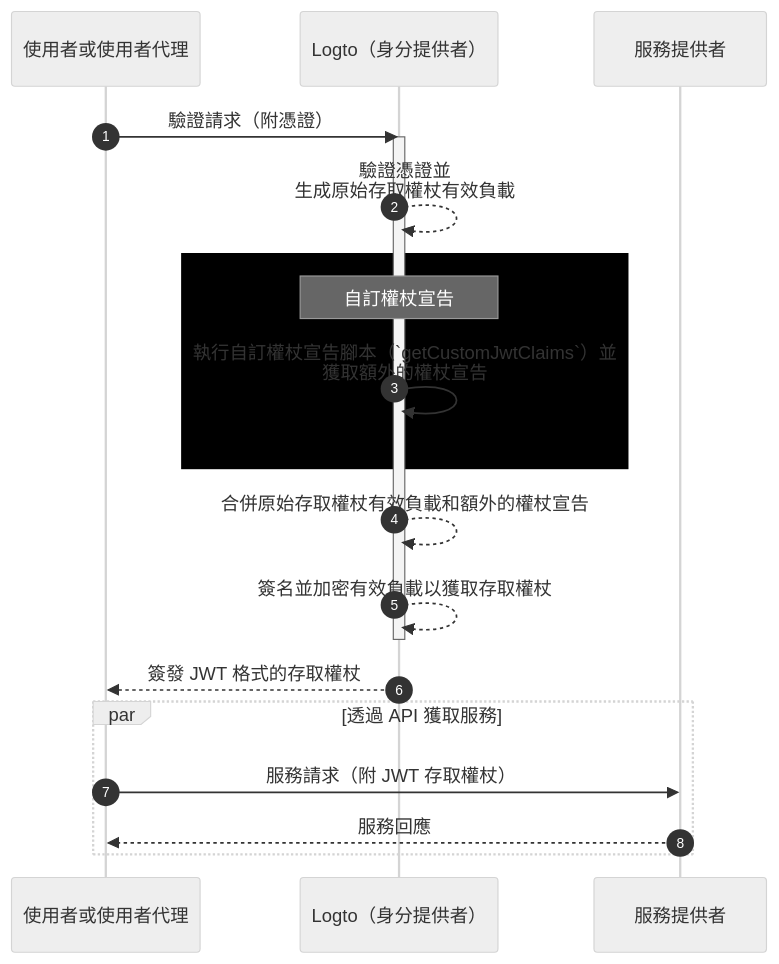
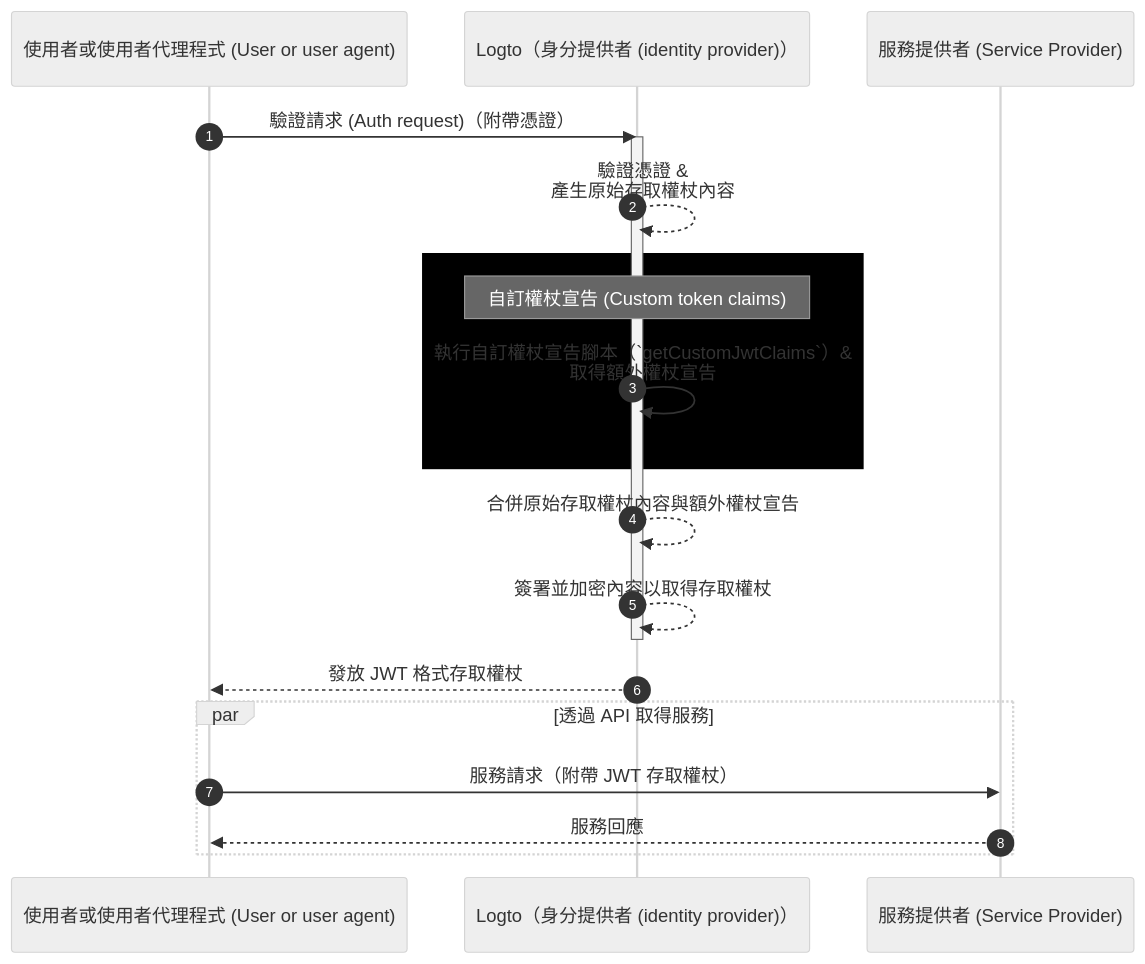
The diagram in i18n/zh-TW/docusaurus-plugin-content-docs/current/developers/custom-token-claims/README.mdx (logto-io/docs), drawn with Mermaid (neutral theme) before and after one commit. The commit also changed other lines of this file and 580 other files, not shown here.

````diff
--- a/i18n/zh-TW/docusaurus-plugin-content-docs/current/developers/custom-token-claims/README.mdx
+++ b/i18n/zh-TW/docusaurus-plugin-content-docs/current/developers/custom-token-claims/README.mdx
@@ -26,23 +26,23 @@
 ```mermaid
 sequenceDiagram
-  participant U as 使用者或使用者代理
-  participant IdP as Logto（身分提供者）
-  participant SP as 服務提供者
+  participant U as 使用者或使用者代理程式 (User or user agent)
+  participant IdP as Logto（身分提供者 (identity provider)）
+  participant SP as 服務提供者 (Service Provider)
 
   autonumber
-  U ->> IdP: 驗證請求（附憑證）
+  U ->> IdP: 驗證請求 (Auth request)（附帶憑證）
   activate IdP
-  IdP-->>IdP: 驗證憑證並<br/>生成原始存取權杖有效負載
+  IdP-->>IdP: 驗證憑證 &<br/>產生原始存取權杖內容
   rect var(--mermaid-rect-fill)
-  note over IdP: 自訂權杖宣告
-  IdP->>IdP: 執行自訂權杖宣告腳本（`getCustomJwtClaims`）並<br/>獲取額外的權杖宣告
+  note over IdP: 自訂權杖宣告 (Custom token claims)
+  IdP->>IdP: 執行自訂權杖宣告腳本（`getCustomJwtClaims`）&<br/>取得額外權杖宣告
   end
-  IdP-->>IdP: 合併原始存取權杖有效負載和額外的權杖宣告
-  IdP-->>IdP: 簽名並加密有效負載以獲取存取權杖
+  IdP-->>IdP: 合併原始存取權杖內容與額外權杖宣告
+  IdP-->>IdP: 簽署並加密內容以取得存取權杖
   deactivate IdP
-  IdP-->>U: 簽發 JWT 格式的存取權杖
-  par 透過 API 獲取服務
-  U->>SP: 服務請求（附 JWT 存取權杖）
+  IdP-->>U: 發放 JWT 格式存取權杖
+  par 透過 API 取得服務
+  U->>SP: 服務請求（附帶 JWT 存取權杖）
   SP-->>U: 服務回應
   end
 ```
````
